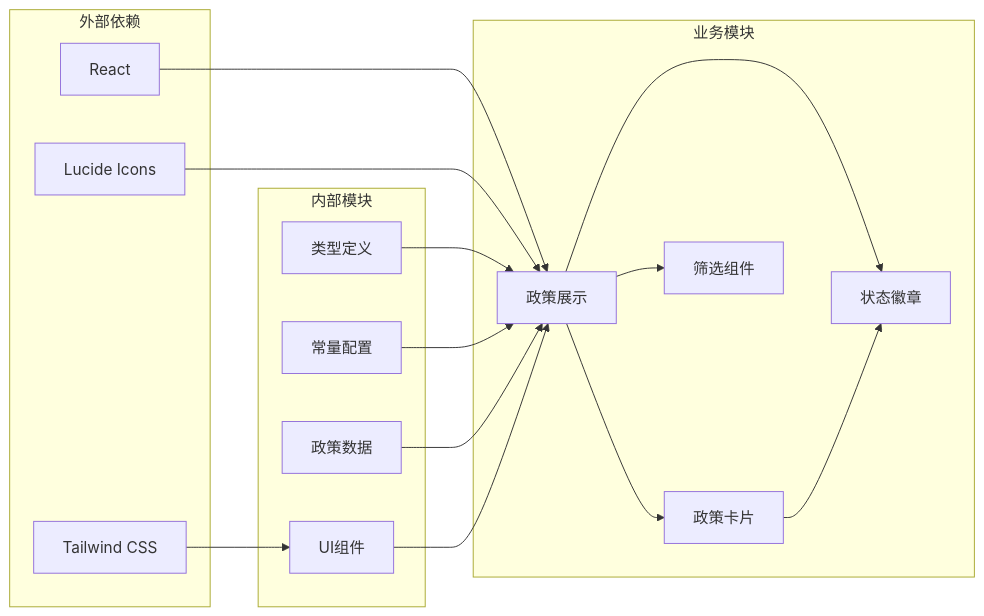
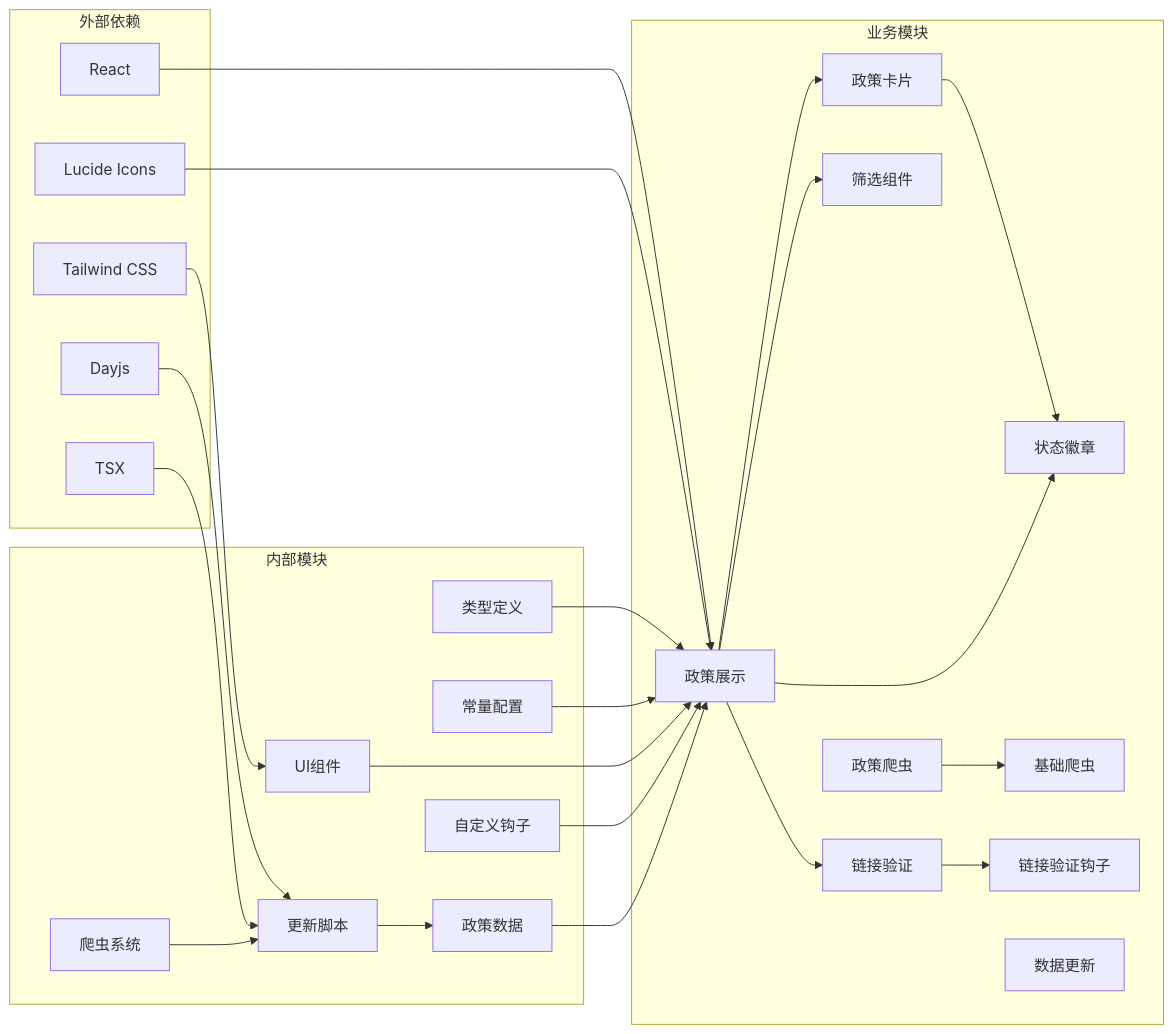
The eighth of 8 diagrams in .qoder/repowiki/zh/content/数据管理/政策数据管理/政策数据管理.md (liangxuanliang-cmd/carbon-info-agent), drawn with Mermaid before and after one commit. The commit also changed other lines of this file and 7 other files, not shown here.

````diff
--- a/.qoder/repowiki/zh/content/数据管理/政策数据管理/政策数据管理.md
+++ b/.qoder/repowiki/zh/content/数据管理/政策数据管理/政策数据管理.md
@@ -283,31 +423,49 @@
 ```mermaid
 graph LR
 subgraph "外部依赖"
 React[React]
 Lucide[Lucide Icons]
 Tailwind[Tailwind CSS]
+Dayjs[Dayjs]
+TSX[TSX]
 end
 subgraph "内部模块"
 Types[类型定义]
 Constants[常量配置]
 Data[政策数据]
 Components[UI组件]
+Hooks[自定义钩子]
+Crawler[爬虫系统]
+UpdateScript[更新脚本]
 end
 subgraph "业务模块"
 PolicySection[政策展示]
 PolicyCard[政策卡片]
 TabFilter[筛选组件]
 Badge[状态徽章]
+LinkValidator[链接验证]
+usePolicyLinkValidation[链接验证钩子]
+policyCrawler[政策爬虫]
+baseCrawler[基础爬虫]
+updateData[数据更新]
 end
 React --> PolicySection
 Lucide --> PolicySection
 Tailwind --> Components
+Dayjs --> UpdateScript
+TSX --> UpdateScript
 Types --> PolicySection
 Constants --> PolicySection
 Data --> PolicySection
 Components --> PolicySection
+Hooks --> PolicySection
+Crawler --> UpdateScript
+UpdateScript --> Data
 PolicySection --> PolicyCard
 PolicySection --> TabFilter
 PolicySection --> Badge
+PolicySection --> LinkValidator
 PolicyCard --> Badge
+LinkValidator --> usePolicyLinkValidation
+policyCrawler --> baseCrawler
 ```
````
